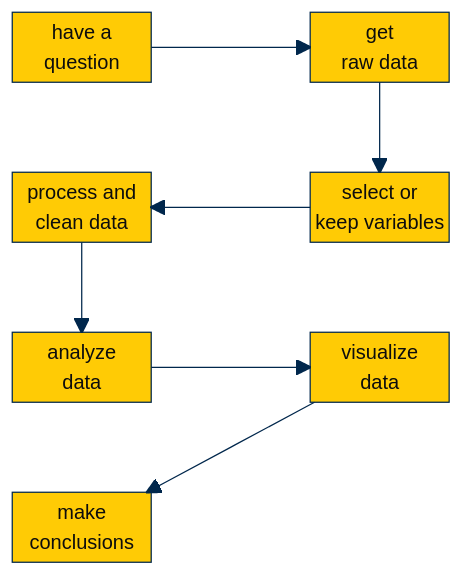
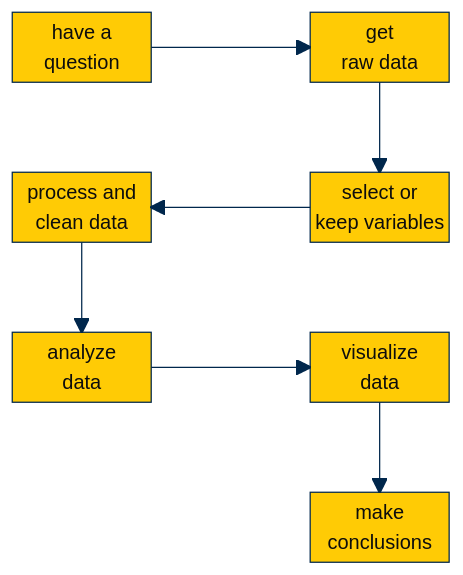
One commit to agrogan1/Stata changed the diagram in do-files/README.md. Above: the diagram before and after it, drawn with Mermaid.

````diff
--- a/do-files/README.md
+++ b/do-files/README.md
@@ -3,34 +3,34 @@
 ```mermaid
 %%{
   init: {
     'theme': 'base',
     'look': 'handDrawn',
     'themeVariables': {
       'primaryColor': '#FFCB05',
       'primaryTextColor': '#000000',
       'primaryBorderColor': '#00274C',
       'lineColor': '#00274C',
       'secondaryColor': '#00274C',
       'secondaryTextColor': '#000000',
       'tertiaryColor': '#F2F2F2',
       'tertiaryBorderColor': '#00274C'
     }
   }
 }%%
 block-beta
    columns 3
    A["have a <br>question"] space B["get <br> raw data"]
    space space space 
    D["process and <br>clean data"] space  C["select or <br>keep variables"]
    space space space 
    E["analyze <br>data"] space F["visualize <br>data"] 
    space space space 
-   G["make <br>conclusions"] space space 
+   space space G["make <br>conclusions"]  
 
    A --> B
    B --> C
    C --> D
    D --> E
    E --> F
    F --> G
 ```
````
